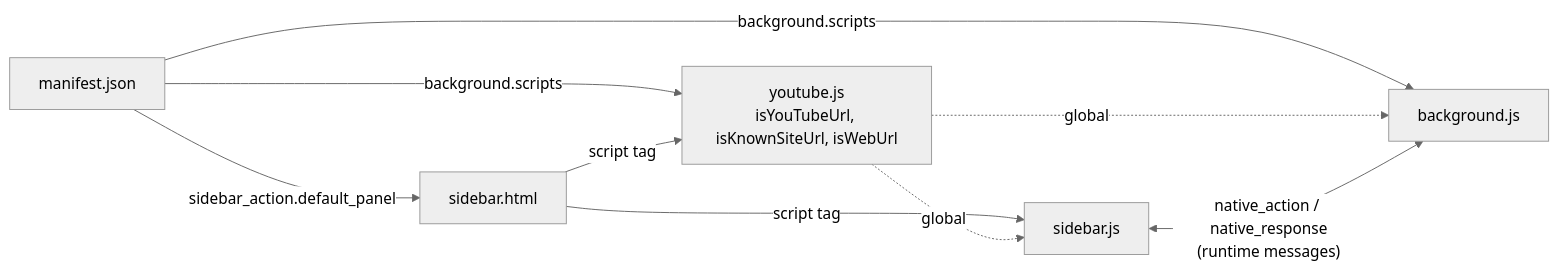
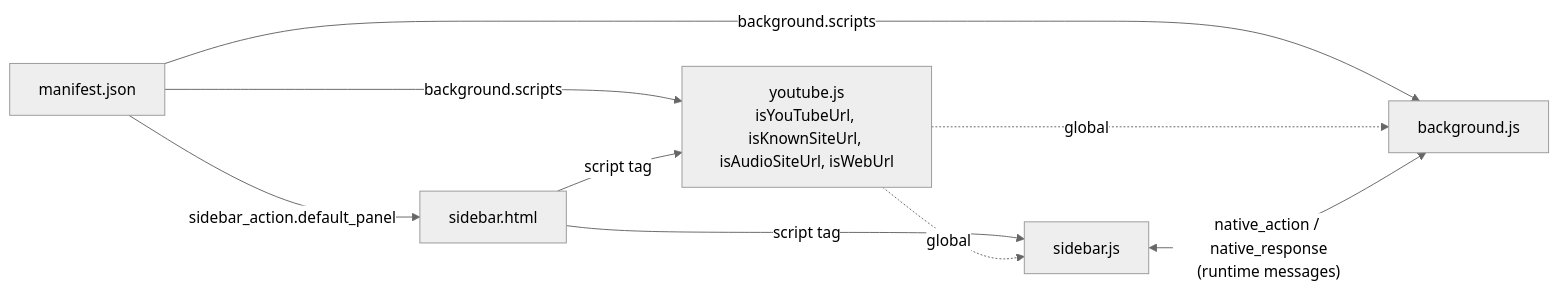
One commit to martin-iflap/YT-MP3-Downloader changed the fourth of 22 diagrams in ARCHITECTURE.md. Above: the diagram before and after it, drawn with Mermaid (neutral theme). The commit also changed other lines of this file and 21 other files, not shown here.

````diff
--- a/ARCHITECTURE.md
+++ b/ARCHITECTURE.md
@@ -316,17 +336,17 @@
 ```mermaid
 flowchart LR
-    YT["youtube.js<br/>isYouTubeUrl, isKnownSiteUrl, isWebUrl"]
+    YT["youtube.js<br/>isYouTubeUrl, isKnownSiteUrl, isAudioSiteUrl, isWebUrl"]
     BG["background.js"]
     SB["sidebar.js"]
     HTML["sidebar.html"]
     MAN["manifest.json"]
 
     MAN -- "background.scripts" --> YT
     MAN -- "background.scripts" --> BG
     MAN -- "sidebar_action.default_panel" --> HTML
     HTML -- "script tag" --> YT
     HTML -- "script tag" --> SB
     YT -. "global" .-> BG
     YT -. "global" .-> SB
     SB <-- "native_action / native_response<br/>(runtime messages)" --> BG
 ```
````
